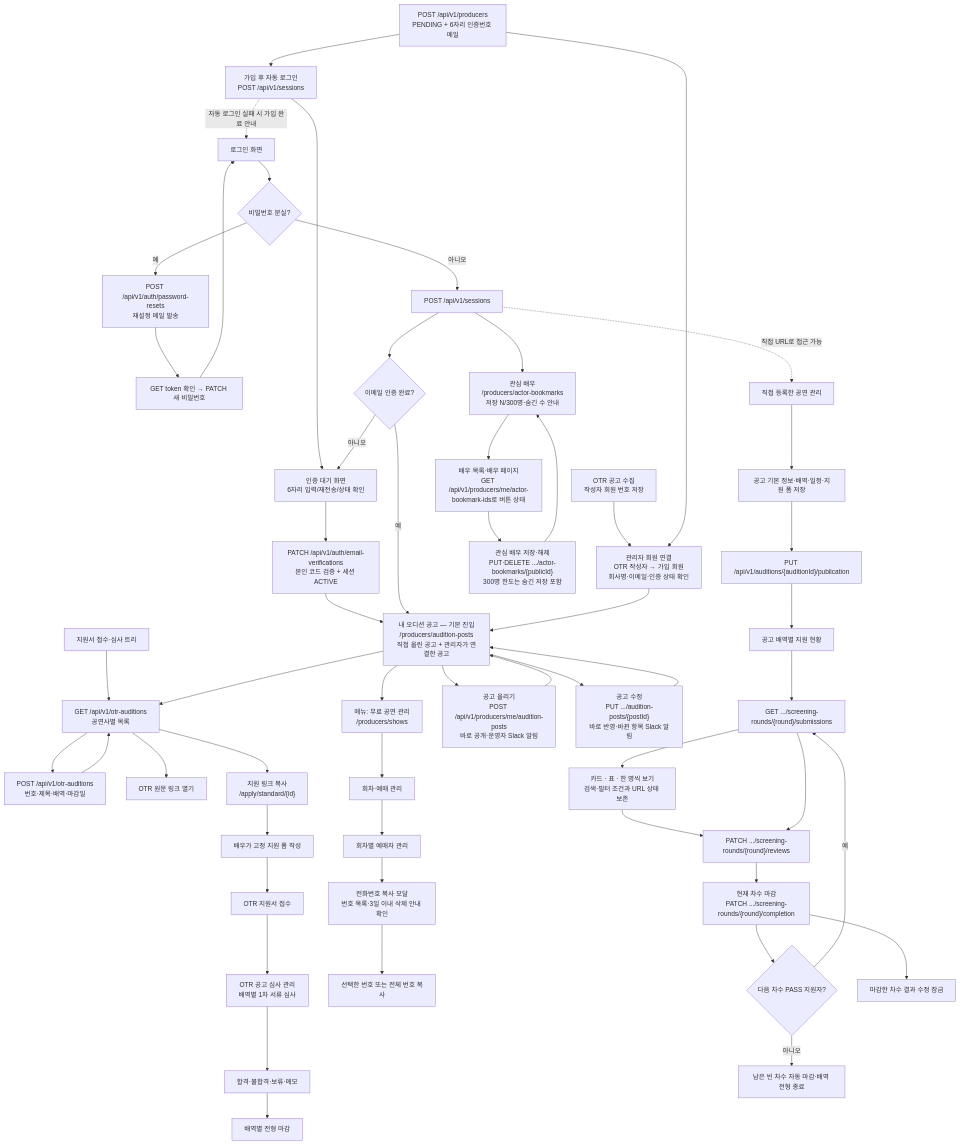
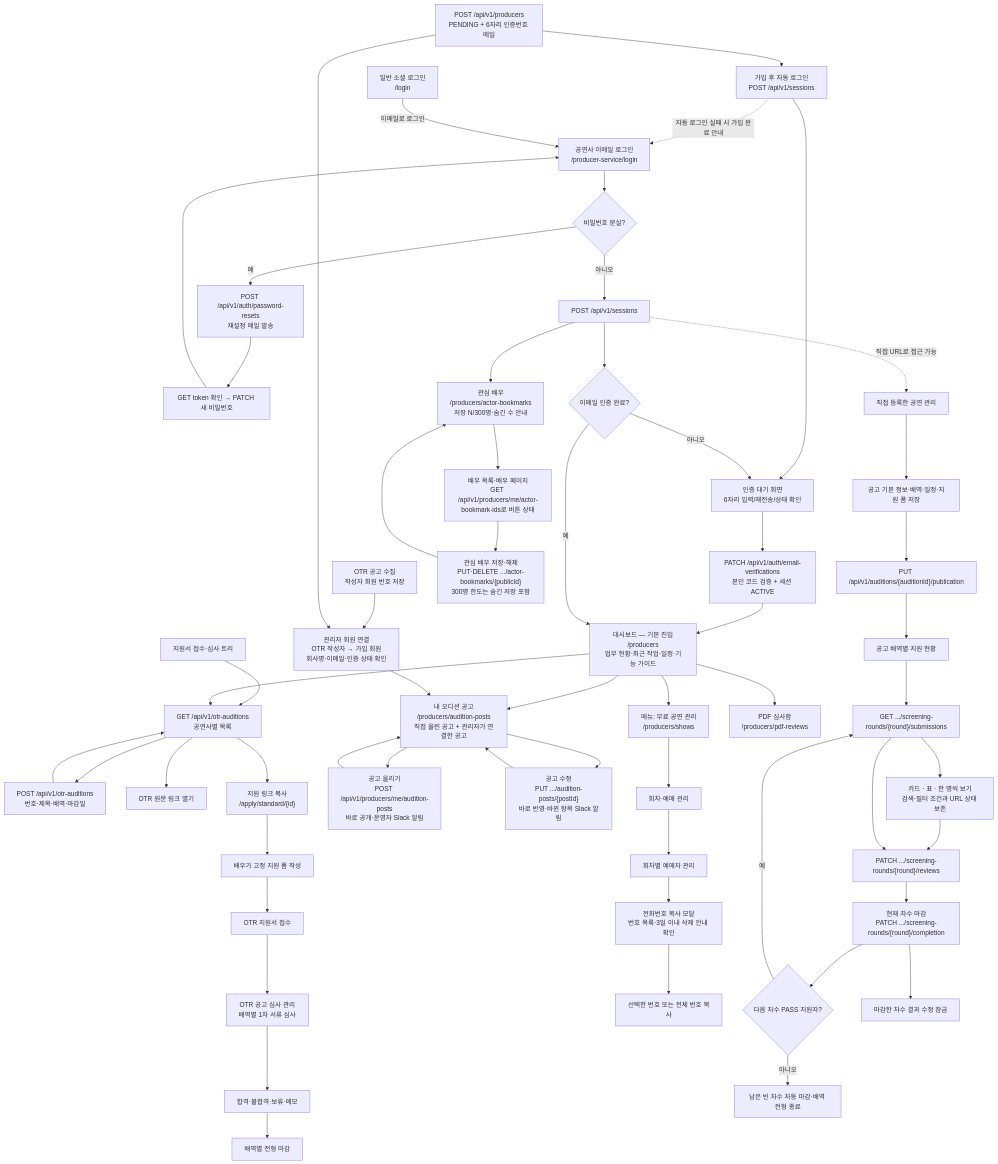
The diagram in frontend/docs/user-flows/producer.mmd (woowacourse-teams/2026-yesulin), drawn with Mermaid before and after one commit. The commit also changed 32 other files, not shown here.

```diff
--- a/frontend/docs/user-flows/producer.mmd
+++ b/frontend/docs/user-flows/producer.mmd
@@ -1,54 +1,57 @@
 flowchart TD
     OTR_TREE["지원서 접수·심사 트리"] --> OTR_LIST["GET /api/v1/otr-auditions<br>공연사별 목록"]
     OTR_LIST --> OTR_CREATE["POST /api/v1/otr-auditions<br>번호·제목·배역·마감일"]
     OTR_CREATE --> OTR_LIST
     OTR_LIST --> OTR_SOURCE["OTR 원문 링크 열기"]
     OTR_LIST --> OTR_APPLY["지원 링크 복사<br>/apply/standard/{id}"]
     OTR_APPLY --> OTR_FORM["배우가 고정 지원 폼 작성"]
     OTR_FORM --> OTR_SUBMIT["OTR 지원서 접수"]
     OTR_SUBMIT --> OTR_SCREEN["OTR 공고 심사 관리<br>배역별 1차 서류 심사"]
     OTR_SCREEN --> OTR_DECIDE["합격·불합격·보류·메모"]
     OTR_DECIDE --> OTR_CLOSE["배역별 전형 마감"]
     SIGNUP["POST /api/v1/producers<br>PENDING + 6자리 인증번호 메일"] --> AUTO_LOGIN["가입 후 자동 로그인<br>POST /api/v1/sessions"]
     AUTO_LOGIN --> CODE_INPUT["인증 대기 화면<br>6자리 입력/재전송/상태 확인"]
     CODE_INPUT --> VERIFY["PATCH /api/v1/auth/email-verifications<br>본인 코드 검증 + 세션 ACTIVE"]
-    VERIFY --> POSTS
-    AUTO_LOGIN -. "자동 로그인 실패 시 가입 완료 안내" .-> LOGIN_FORM["로그인 화면"]
+    VERIFY --> DASHBOARD
+    AUTO_LOGIN -. "자동 로그인 실패 시 가입 완료 안내" .-> LOGIN_FORM["공연사 이메일 로그인<br>/producer-service/login"]
+    MEMBER_LOGIN["일반 소셜 로그인<br>/login"] -- 이메일로 로그인 --> LOGIN_FORM
     LOGIN_FORM --> FORGOT{"비밀번호 분실?"}
     FORGOT -- 예 --> RESET_MAIL["POST /api/v1/auth/password-resets<br>재설정 메일 발송"]
     RESET_MAIL --> RESET["GET token 확인 → PATCH 새 비밀번호"]
     RESET --> LOGIN_FORM
     FORGOT -- 아니오 --> LOGIN["POST /api/v1/sessions"]
     LOGIN --> STATUS{"이메일 인증 완료?"}
     STATUS -- 아니오 --> CODE_INPUT
-    STATUS -- 예 --> POSTS["내 오디션 공고 — 기본 진입<br>/producers/audition-posts<br>직접 올린 공고 + 관리자가 연결한 공고"]
-    POSTS --> FREE_SHOW["메뉴: 무료 공연 관리<br>/producers/shows"]
-    POSTS --> OTR_LIST
+    STATUS -- 예 --> DASHBOARD["대시보드 — 기본 진입<br>/producers<br>업무 현황·최근 작업·일정·기능 가이드"]
+    DASHBOARD --> POSTS["내 오디션 공고<br>/producers/audition-posts<br>직접 올린 공고 + 관리자가 연결한 공고"]
+    DASHBOARD --> FREE_SHOW["메뉴: 무료 공연 관리<br>/producers/shows"]
+    DASHBOARD --> OTR_LIST
+    DASHBOARD --> PDF_REVIEWS["PDF 심사함<br>/producers/pdf-reviews"]
     OTR_IMPORT["OTR 공고 수집<br>작성자 회원 번호 저장"] --> MEMBER_LINK["관리자 회원 연결<br>OTR 작성자 → 가입 회원<br>회사명·이메일·인증 상태 확인"]
     SIGNUP --> MEMBER_LINK
     MEMBER_LINK --> POSTS
     POSTS --> POST_NEW["공고 올리기<br>POST /api/v1/producers/me/audition-posts<br>바로 공개·운영자 Slack 알림"]
     POSTS --> POST_EDIT["공고 수정<br>PUT .../audition-posts/{postId}<br>바로 반영·바뀐 항목 Slack 알림"]
     POST_NEW --> POSTS
     POST_EDIT --> POSTS
     LOGIN --> BOOKMARKS["관심 배우<br>/producers/actor-bookmarks<br>저장 N/300명·숨긴 수 안내"]
     BOOKMARKS --> ACTORS["배우 목록·배우 페이지<br>GET /api/v1/producers/me/actor-bookmark-ids로 버튼 상태"]
     ACTORS --> BOOKMARK_TOGGLE["관심 배우 저장·해제<br>PUT·DELETE .../actor-bookmarks/{publicId}<br>300명 한도는 숨긴 저장 포함"]
     BOOKMARK_TOGGLE --> BOOKMARKS
     FREE_SHOW --> FREE_SESSION["회차·예매 관리"]
     FREE_SESSION --> FREE_RESERVATIONS["회차별 예매자 관리"]
     FREE_RESERVATIONS --> PHONE_LIST["전화번호 복사 모달<br>번호 목록·3일 이내 삭제 안내 확인"]
     PHONE_LIST --> PHONE_COPY["선택한 번호 또는 전체 번호 복사"]
     LOGIN -. "직접 URL로 접근 가능" .-> PERFORMANCE["직접 등록한 공연 관리"]
     PERFORMANCE --> AUDITION["공고 기본 정보·배역·일정·지원 폼 저장"]
     AUDITION --> PUBLISH["PUT /api/v1/auditions/{auditionId}/publication"]
     PUBLISH --> ROLE["공고 배역별 지원 현황"]
     ROLE --> BOARD["GET .../screening-rounds/{round}/submissions"]
     BOARD --> FOCUS["카드 · 표 · 한 명씩 보기\n검색·필터 조건과 URL 상태 보존"]
     FOCUS --> REVIEW
     BOARD --> REVIEW["PATCH .../screening-rounds/{round}/reviews"]
     REVIEW --> COMPLETE["현재 차수 마감<br>PATCH .../screening-rounds/{round}/completion"]
     COMPLETE --> NEXT{"다음 차수 PASS 지원자?"}
     NEXT -- 예 --> BOARD
     NEXT -- 아니오 --> LOCKED["남은 빈 차수 자동 마감·배역 전형 종료"]
     COMPLETE --> CURRENT_LOCKED["마감한 차수 결과 수정 잠금"]
```
